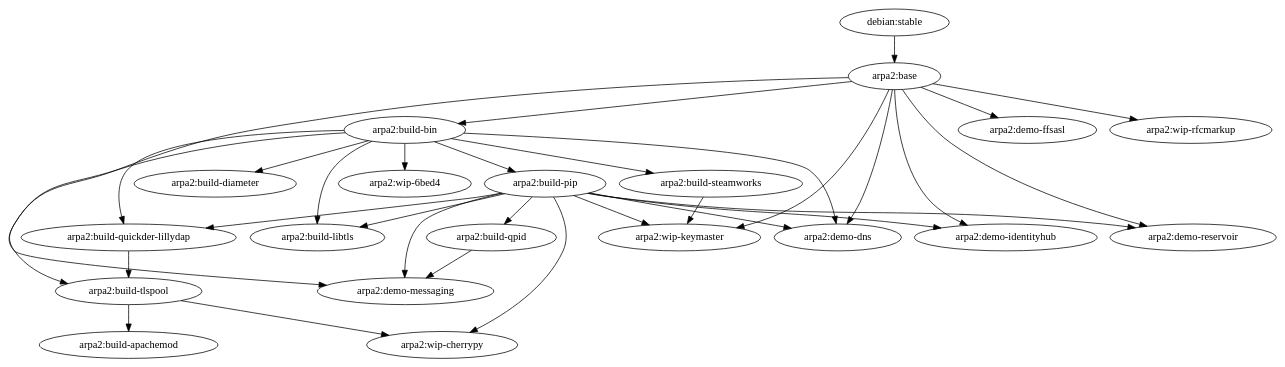
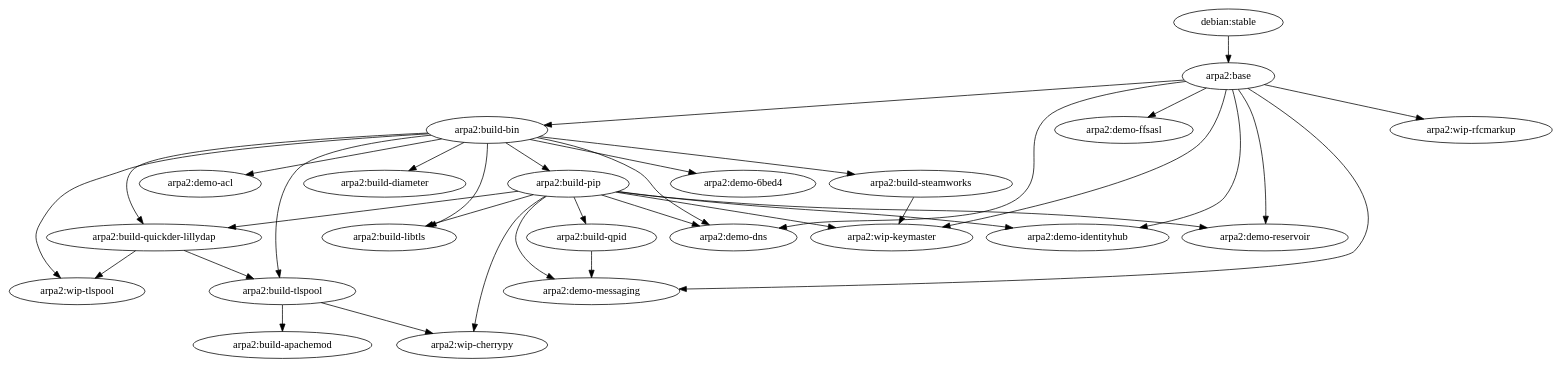
Before and after one commit to timkuijsten/docker-demo: the diagram in deps.dot, drawn with Graphviz. The commit also changed 20 other files, not shown here.

```diff
--- a/deps.dot
+++ b/deps.dot
@@ -1,33 +1,36 @@
 digraph arpa2demo{
    "debian:stable" -> "arpa2:base"
    "arpa2:build-tlspool" -> "arpa2:build-apachemod"
    "arpa2:base" -> "arpa2:build-bin"
    "arpa2:build-bin" -> "arpa2:build-diameter"
    "arpa2:build-pip" -> "arpa2:build-libtls"
    "arpa2:build-bin" -> "arpa2:build-libtls"
    "arpa2:build-bin" -> "arpa2:build-pip"
    "arpa2:build-pip" -> "arpa2:build-qpid"
    "arpa2:build-pip" -> "arpa2:build-quickder-lillydap"
    "arpa2:build-bin" -> "arpa2:build-quickder-lillydap"
    "arpa2:build-bin" -> "arpa2:build-steamworks"
    "arpa2:build-quickder-lillydap" -> "arpa2:build-tlspool"
    "arpa2:build-bin" -> "arpa2:build-tlspool"
+   "arpa2:build-bin" -> "arpa2:demo-6bed4"
+   "arpa2:build-bin" -> "arpa2:demo-acl"
    "arpa2:build-bin" -> "arpa2:demo-dns"
    "arpa2:build-pip" -> "arpa2:demo-dns"
    "arpa2:base" -> "arpa2:demo-dns"
    "arpa2:base" -> "arpa2:demo-ffsasl"
    "arpa2:build-pip" -> "arpa2:demo-identityhub"
    "arpa2:base" -> "arpa2:demo-identityhub"
    "arpa2:build-qpid" -> "arpa2:demo-messaging"
    "arpa2:build-pip" -> "arpa2:demo-messaging"
    "arpa2:base" -> "arpa2:demo-messaging"
    "arpa2:build-pip" -> "arpa2:demo-reservoir"
    "arpa2:base" -> "arpa2:demo-reservoir"
-   "arpa2:build-bin" -> "arpa2:wip-6bed4"
    "arpa2:build-pip" -> "arpa2:wip-cherrypy"
    "arpa2:build-tlspool" -> "arpa2:wip-cherrypy"
    "arpa2:build-steamworks" -> "arpa2:wip-keymaster"
    "arpa2:build-pip" -> "arpa2:wip-keymaster"
    "arpa2:base" -> "arpa2:wip-keymaster"
    "arpa2:base" -> "arpa2:wip-rfcmarkup"
+   "arpa2:build-quickder-lillydap" -> "arpa2:wip-tlspool"
+   "arpa2:build-bin" -> "arpa2:wip-tlspool"
 }
```
